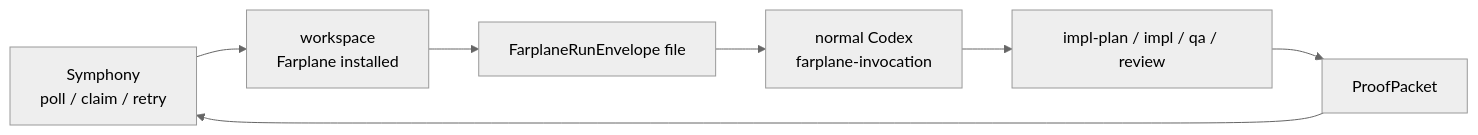
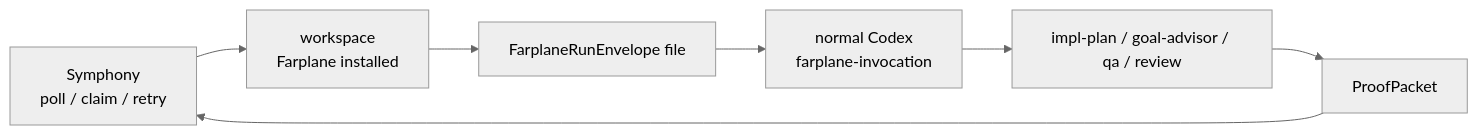
Before and after one commit to ZanarkandTechnologies/Farplane: the diagram in skills/farplane-invocation/references/symphony.md, drawn with Mermaid (neutral theme). The commit also changed other lines of this file and 76 other files, not shown here.

````diff
--- a/skills/farplane-invocation/references/symphony.md
+++ b/skills/farplane-invocation/references/symphony.md
@@ -17,9 +17,9 @@
 ```mermaid
 flowchart LR
   Symphony["Symphony<br/>poll / claim / retry"] --> Workspace["workspace<br/>Farplane installed"]
   Workspace --> Envelope["FarplaneRunEnvelope file"]
   Envelope --> Codex["normal Codex<br/>farplane-invocation"]
-  Codex --> Skills["impl-plan / impl / qa / review"]
+  Codex --> Skills["impl-plan / goal-advisor / qa / review"]
   Skills --> Proof["ProofPacket"]
   Proof --> Symphony
 ```
````
